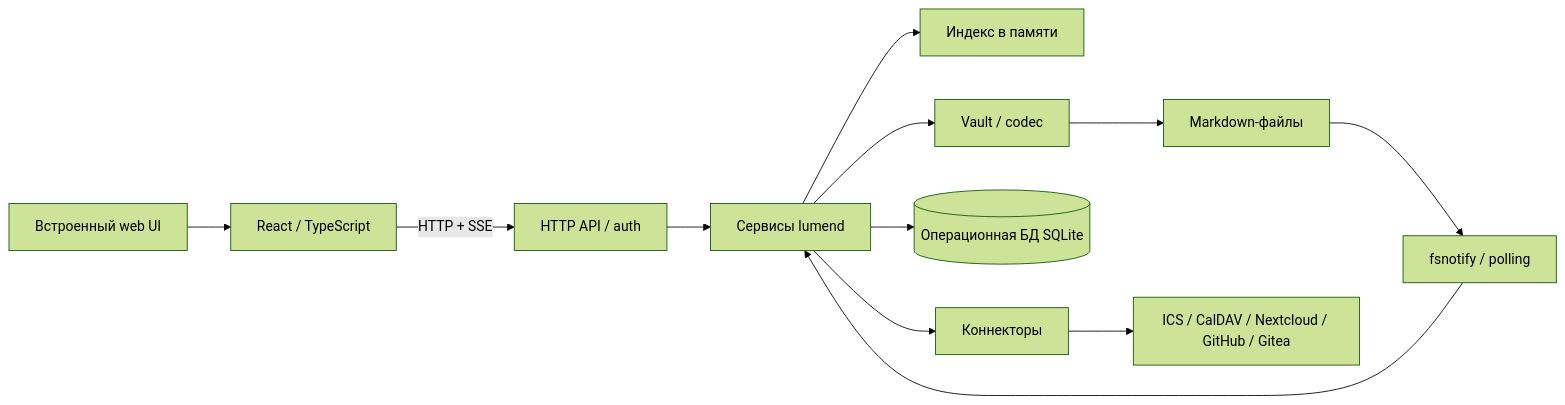
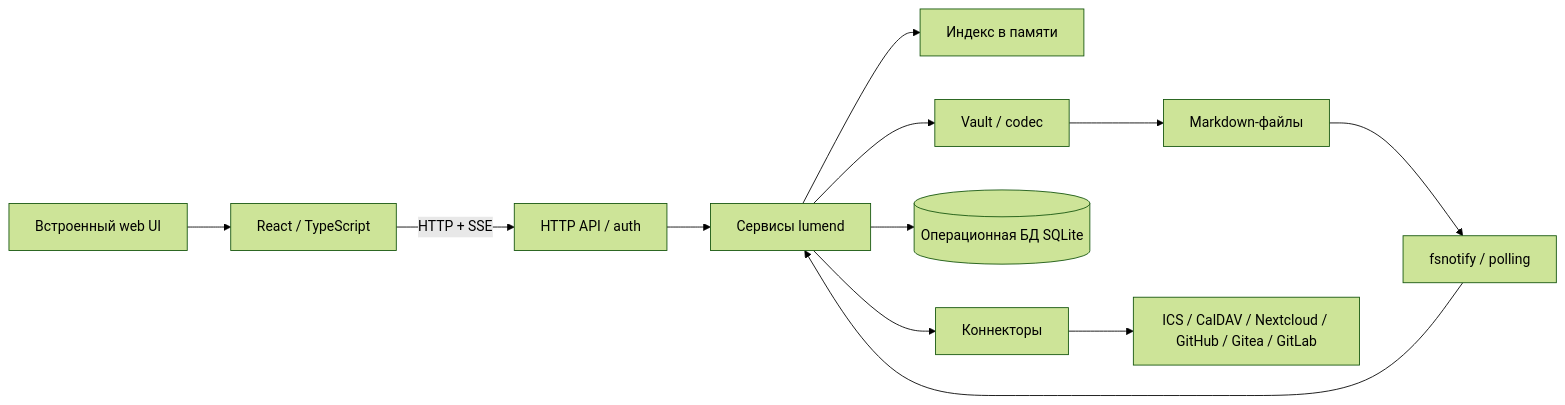
The diagram in docs/ARCHITECTURE.md (villetacore/lumen), drawn with Mermaid (forest theme) before and after one commit. The commit also changed other lines of this file and 35 other files, not shown here.

````diff
--- a/docs/ARCHITECTURE.md
+++ b/docs/ARCHITECTURE.md
@@ -9,14 +9,14 @@
 ```mermaid
 flowchart LR
     Browser[React / TypeScript] -->|HTTP + SSE| API[HTTP API / auth]
     UI[Встроенный web UI] --> Browser
     API --> Services[Сервисы lumend]
     Services --> Index[Индекс в памяти]
     Services --> Vault[Vault / codec]
     Services --> State[(Операционная БД SQLite)]
     Vault --> Files[Markdown-файлы]
     Files --> Watch[fsnotify / polling]
     Watch --> Services
     Services --> Connectors[Коннекторы]
-    Connectors --> External[ICS / CalDAV / Nextcloud / GitHub / Gitea]
+    Connectors --> External[ICS / CalDAV / Nextcloud / GitHub / Gitea / GitLab]
 ```
````
